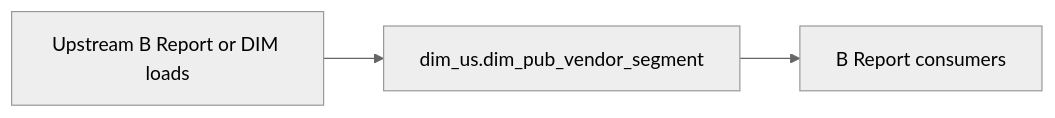
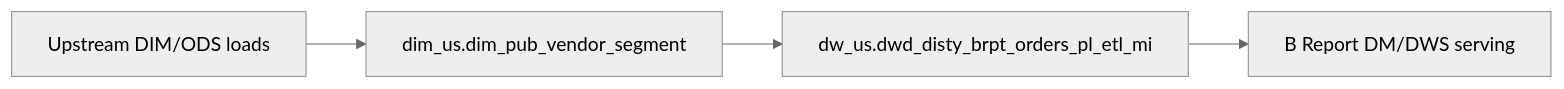
One commit to chengduhaha/data_agent changed the diagram in backend/defaults/b_report/workspace/target/knowledgebase/b-report-us/dim_pub_vendor_segment.md. Above: the diagram before and after it, drawn with Mermaid (neutral theme). The commit also changed other lines of this file and 1108 other files, not shown here.

````diff
--- a/backend/defaults/b_report/workspace/target/knowledgebase/b-report-us/dim_pub_vendor_segment.md
+++ b/backend/defaults/b_report/workspace/target/knowledgebase/b-report-us/dim_pub_vendor_segment.md
@@ -129,8 +133,10 @@
 ```mermaid
 flowchart LR
-  upstream[Upstream B Report or DIM loads]
-  tgt["dim_us.dim_pub_vendor_segment"]
-  brpt[B Report consumers]
-  upstream --> tgt
-  tgt --> brpt
+  upstream["Upstream DIM/ODS loads"]
+  dim["dim_us.dim_pub_vendor_segment"]
+  hub["dw_us.dwd_disty_brpt_orders_pl_etl_mi"]
+  dm["B Report DM/DWS serving"]
+  upstream --> dim
+  dim --> hub
+  hub --> dm
 ```
````
